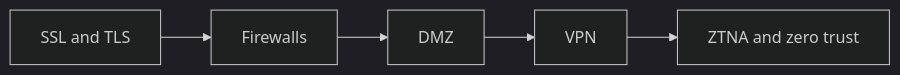
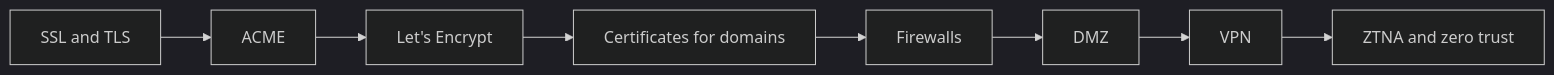
Before and after one commit to rinkachi9/devops-knowledge: the diagram in networking/network-security/README.md, drawn with Mermaid (dark theme). The commit also changed other lines of this file and 63 other files, not shown here.

````diff
--- a/networking/network-security/README.md
+++ b/networking/network-security/README.md
@@ -9,12 +9,18 @@
 ```mermaid
 flowchart LR
   n0["SSL and TLS"]
-  n1["Firewalls"]
+  n1["ACME"]
   n0 --> n1
-  n2["DMZ"]
+  n2["Let's Encrypt"]
   n1 --> n2
-  n3["VPN"]
+  n3["Certificates for domains"]
   n2 --> n3
-  n4["ZTNA and zero trust"]
+  n4["Firewalls"]
   n3 --> n4
+  n5["DMZ"]
+  n4 --> n5
+  n6["VPN"]
+  n5 --> n6
+  n7["ZTNA and zero trust"]
+  n6 --> n7
 ```
````
